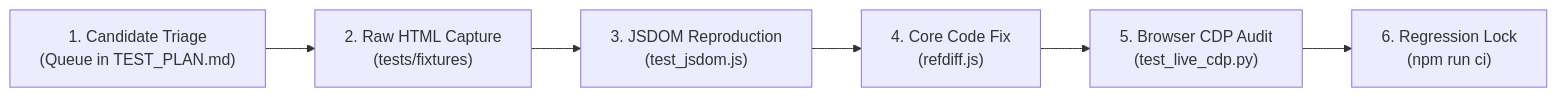
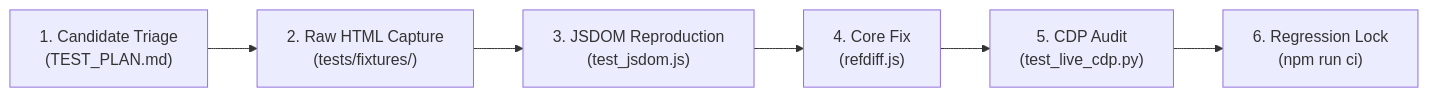
Before and after one commit to psytrap/refdiff: the diagram in AUDIT_STRATEGY.md, drawn with Mermaid. The commit also changed other lines of this file and 1 other file, not shown here.

Commit message:
docs(audit): refactor AUDIT_STRATEGY.md for conciseness and clarity

````diff
--- a/AUDIT_STRATEGY.md
+++ b/AUDIT_STRATEGY.md
@@ -264,8 +160,8 @@
 ```mermaid
 flowchart LR
-    Q1["1. Candidate Triage<br/>(Queue in TEST_PLAN.md)"] --> Q2["2. Raw HTML Capture<br/>(tests/fixtures)"]
+    Q1["1. Candidate Triage<br/>(TEST_PLAN.md)"] --> Q2["2. Raw HTML Capture<br/>(tests/fixtures/)"]
     Q2 --> Q3["3. JSDOM Reproduction<br/>(test_jsdom.js)"]
-    Q3 --> Q4["4. Core Code Fix<br/>(refdiff.js)"]
-    Q4 --> Q5["5. Browser CDP Audit<br/>(test_live_cdp.py)"]
+    Q3 --> Q4["4. Core Fix<br/>(refdiff.js)"]
+    Q4 --> Q5["5. CDP Audit<br/>(test_live_cdp.py)"]
     Q5 --> Q6["6. Regression Lock<br/>(npm run ci)"]
 ```
````
